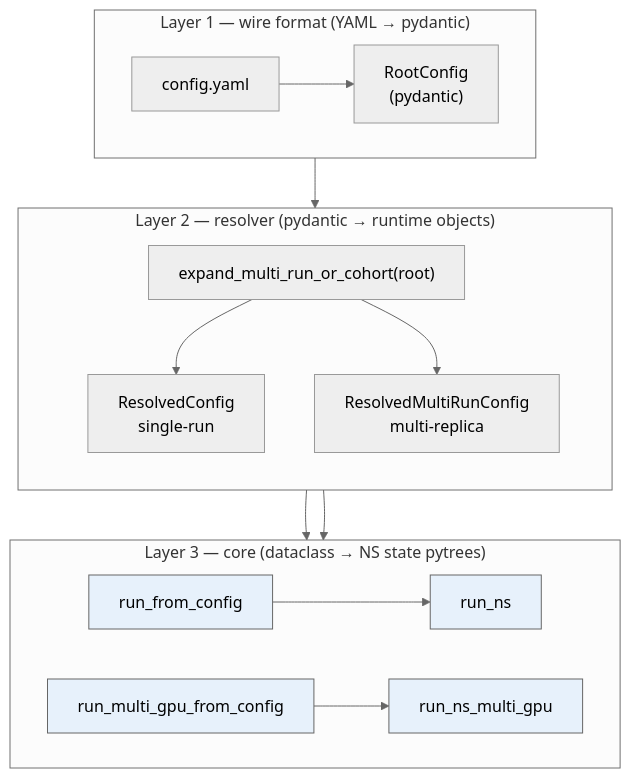
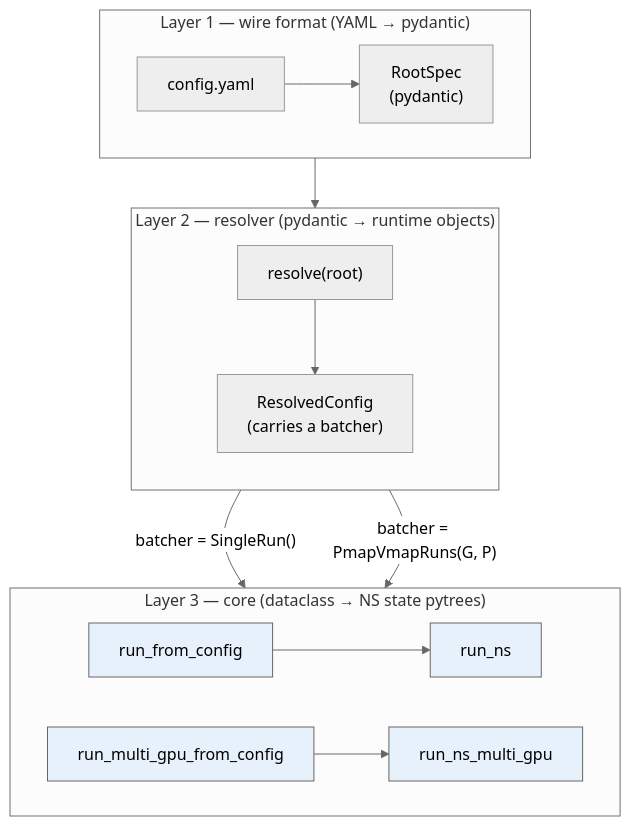
The first of 5 diagrams in docs/user/concepts/schema_resolve.md (nunglert/jaxrens), drawn with Mermaid (neutral theme) before and after one commit. The commit also changed other lines of this file and 37 other files, not shown here.

Commit message:
Unified the resolver into single replica and multi replica init

````diff
--- a/docs/user/concepts/schema_resolve.md
+++ b/docs/user/concepts/schema_resolve.md
@@ -18,24 +18,23 @@
 ```{mermaid}
 flowchart TB
     subgraph L1["Layer 1 — wire format (YAML → pydantic)"]
         direction LR
-        Y["config.yaml"] --> RC["RootConfig<br/>(pydantic)"]
+        Y["config.yaml"] --> RC["RootSpec<br/>(pydantic)"]
     end
     subgraph L2["Layer 2 — resolver (pydantic → runtime objects)"]
         direction TB
-        RES["expand_multi_run_or_cohort(root)"]
-        RES --> RO1["ResolvedConfig<br/>single-run"]
-        RES --> RO2["ResolvedMultiRunConfig<br/>multi-replica"]
+        RES["resolve(root)"]
+        RES --> RO["ResolvedConfig<br/>(carries a batcher)"]
     end
     subgraph L3["Layer 3 — core (dataclass → NS state pytrees)"]
         direction LR
         RFC["run_from_config"]:::layer3
         RMG["run_multi_gpu_from_config"]:::layer3
         RN["run_ns"]:::layer3
         RMGC["run_ns_multi_gpu"]:::layer3
     end
     RC --> RES
-    RO1 --> RFC --> RN
-    RO2 --> RMG --> RMGC
+    RO -->|"batcher = SingleRun()"| RFC --> RN
+    RO -->|"batcher = PmapVmapRuns(G, P)"| RMG --> RMGC
     classDef layer3 fill:#e7f1fb,stroke:#666
 ```
````
